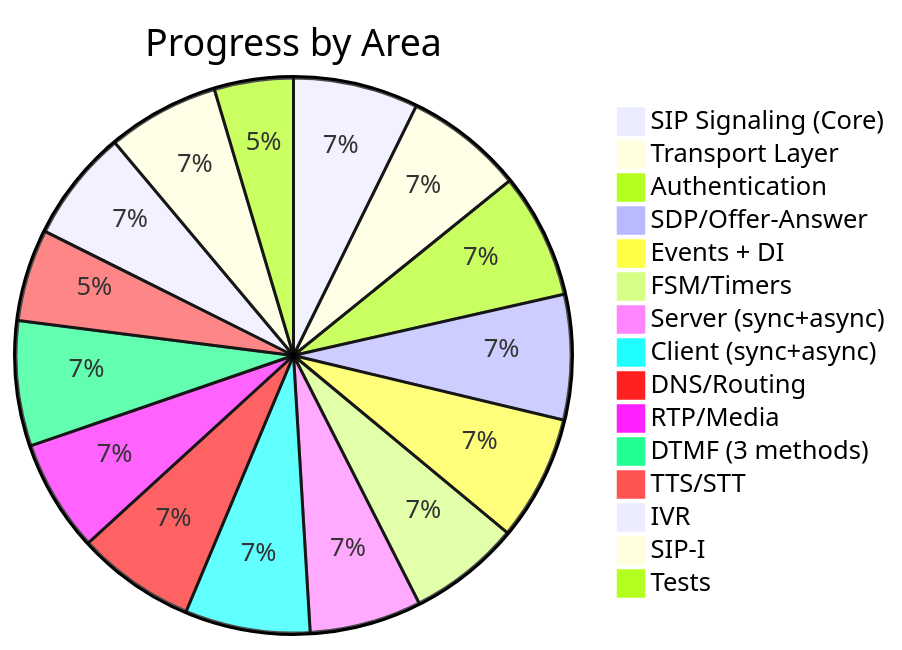
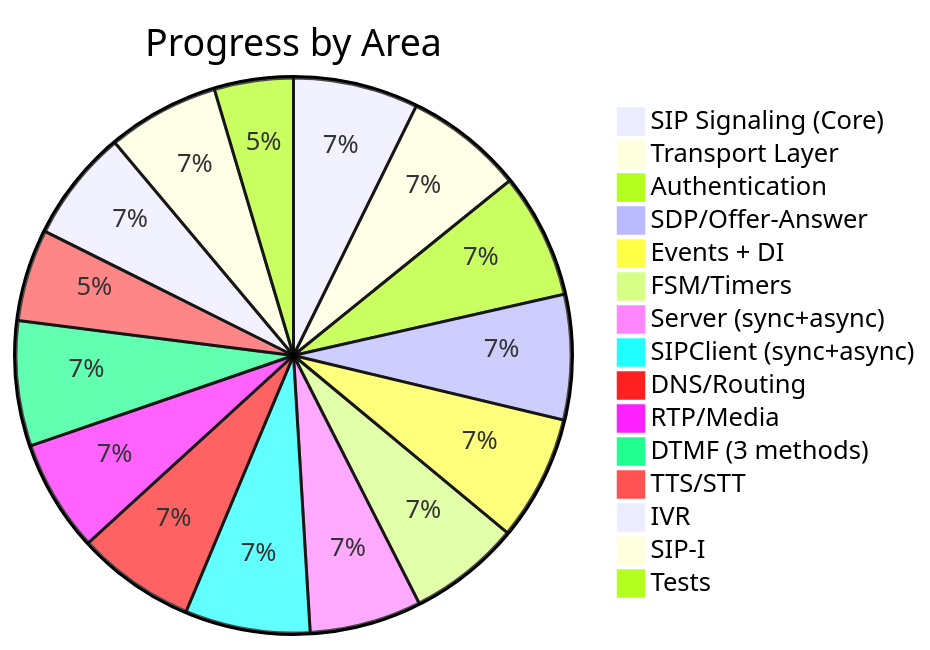
One commit to oornnery/sipx changed the ninth of 9 diagrams in docs/SDD.md. Above: the diagram before and after it, drawn with Mermaid. The commit also changed other lines of this file and 77 other files, not shown here.

````diff
--- a/docs/SDD.md
+++ b/docs/SDD.md
@@ -757,18 +756,18 @@
 ```mermaid
 pie title Progress by Area
     "SIP Signaling (Core)" : 95
     "Transport Layer" : 90
     "Authentication" : 95
     "SDP/Offer-Answer" : 95
     "Events + DI" : 95
     "FSM/Timers" : 85
     "Server (sync+async)" : 85
-    "Client (sync+async)" : 95
+    "SIPClient (sync+async)" : 95
     "DNS/Routing" : 90
     "RTP/Media" : 85
     "DTMF (3 methods)" : 95
     "TTS/STT" : 70
     "IVR" : 85
     "SIP-I" : 85
     "Tests" : 60
 ```
````
